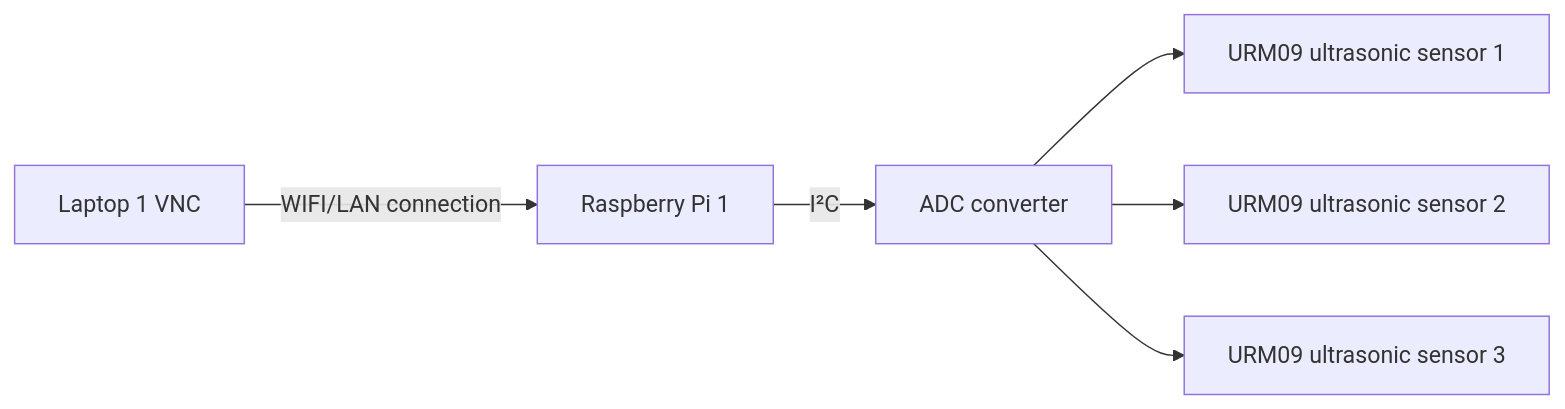
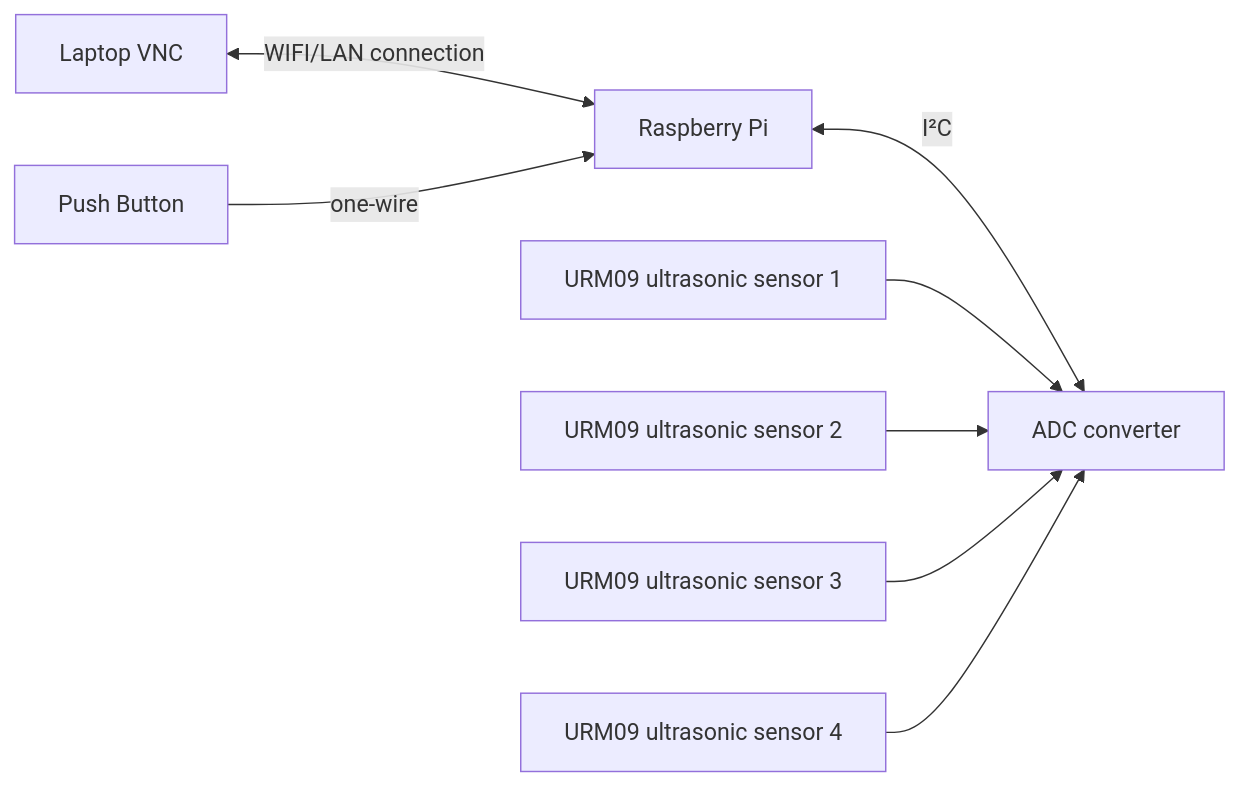
The first of 2 diagrams in README.md (timsjt/EGL314_TEAMB), drawn with Mermaid before and after one commit. The commit also changed other lines of this file, not shown here.

````diff
--- a/README.md
+++ b/README.md
@@ -18,10 +18,11 @@
 ```mermaid
 graph LR
 
-A[Laptop 1 VNC] --WIFI/LAN connection-->B[Raspberry Pi 1]--I²C-->C[ADC converter]-->D[URM09 ultrasonic sensor 1]
-C-->E[URM09 ultrasonic sensor 2]
-C-->F[URM09 ultrasonic sensor 3]
-
-
+A[Laptop VNC] <--WIFI/LAN connection-->B[Raspberry Pi]<--I²C-->C[ADC converter]
+D[URM09 ultrasonic sensor 1]-->C
+E[URM09 ultrasonic sensor 2]-->C
+F[URM09 ultrasonic sensor 3]-->C
+G[URM09 ultrasonic sensor 4]-->C
+H[Push Button]-- one-wire -->B
 
 ```
````
